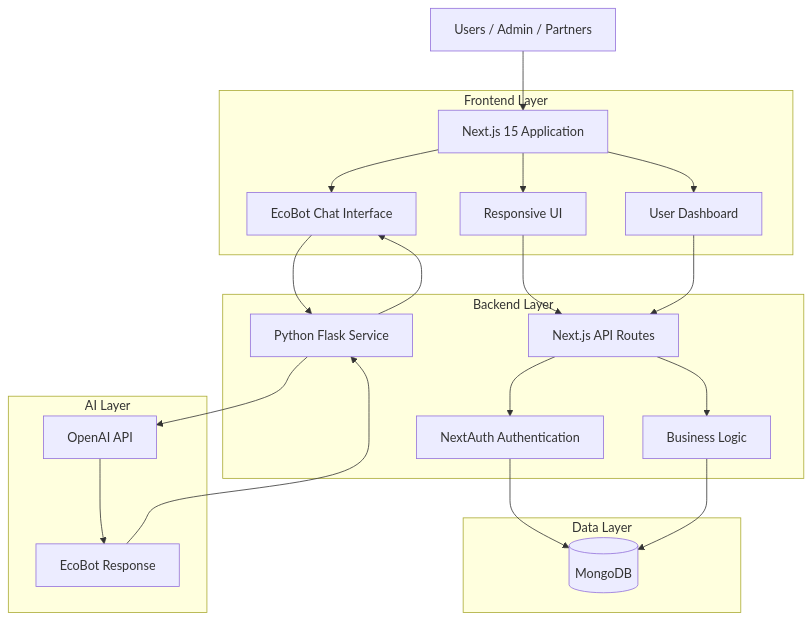
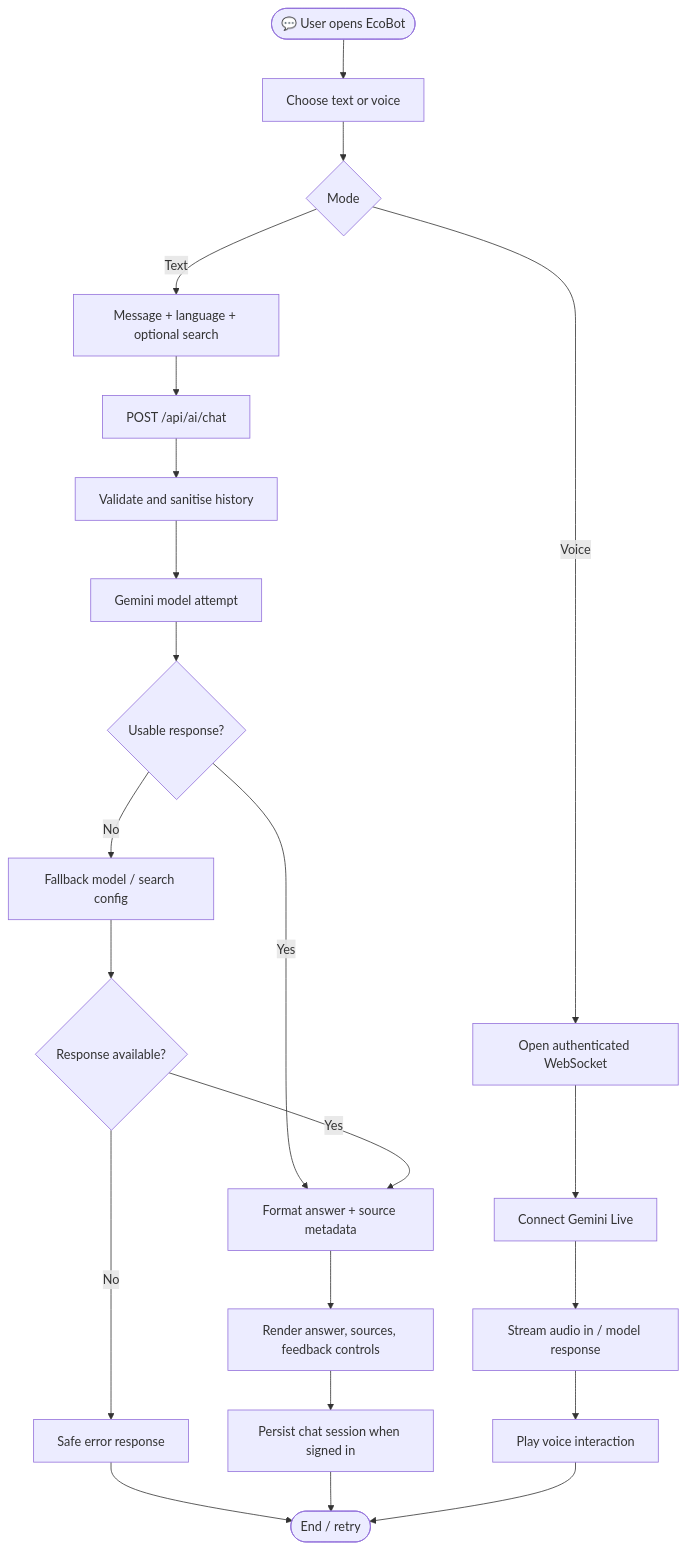
Before and after one commit to raunakcse25-star/reboot-earth-e-waste-optimizer: the fifth of 8 diagrams in README.md, drawn with Mermaid. The commit also changed other lines of this file, not shown here.

````diff
--- a/README.md
+++ b/README.md
@@ -308,46 +469,24 @@
 ```mermaid
-flowchart TB
-    U[Users / Admin / Partners]
-
-    subgraph FRONTEND["Frontend Layer"]
-        A[Next.js 15 Application]
-        B[Responsive UI]
-        C[User Dashboard]
-        D[EcoBot Chat Interface]
-    end
-
-    subgraph BACKEND["Backend Layer"]
-        E[Next.js API Routes]
-        F[NextAuth Authentication]
-        G[Business Logic]
-        H[Python Flask Service]
-    end
-
-    subgraph DATA["Data Layer"]
-        I[(MongoDB)]
-    end
-
-    subgraph AI["AI Layer"]
-        J[OpenAI API]
-        K[EcoBot Response]
-    end
-
-    U --> A
-    A --> B
-    A --> C
-    A --> D
-
-    B --> E
-    C --> E
-    D --> H
-
-    E --> F
-    E --> G
-    F --> I
-    G --> I
-
-    H --> J
-    J --> K
-    K --> H
-    H --> D
+flowchart TD
+    A([💬 User opens EcoBot]) --> B[Choose text or voice]
+    B --> C{Mode}
+    C -- Text --> D[Message + language + optional search]
+    D --> E[POST /api/ai/chat]
+    E --> F[Validate and sanitise history]
+    F --> G[Gemini model attempt]
+    G --> H{Usable response?}
+    H -- No --> I[Fallback model / search config]
+    I --> J{Response available?}
+    H -- Yes --> K[Format answer + source metadata]
+    J -- Yes --> K
+    J -- No --> L[Safe error response]
+    K --> M[Render answer, sources, feedback controls]
+    M --> N[Persist chat session when signed in]
+    C -- Voice --> O[Open authenticated WebSocket]
+    O --> P[Connect Gemini Live]
+    P --> Q[Stream audio in / model response]
+    Q --> R[Play voice interaction]
+    L --> S([End / retry])
+    N --> S
+    R --> S
 ```
````
